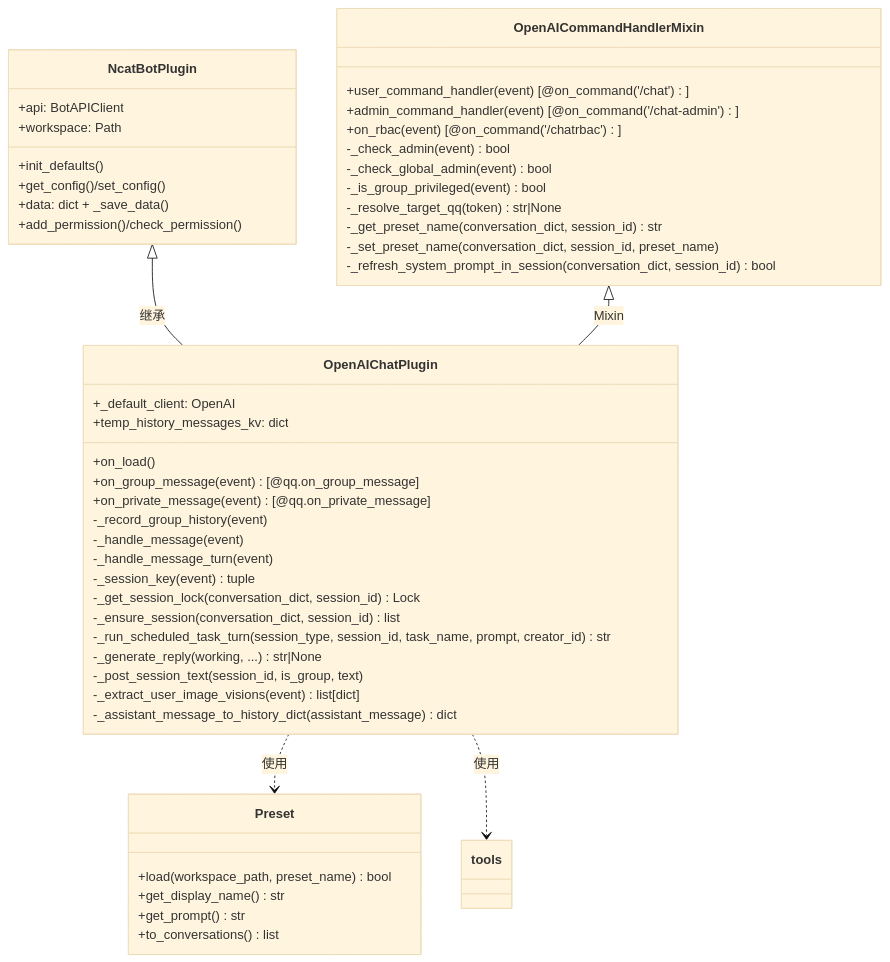
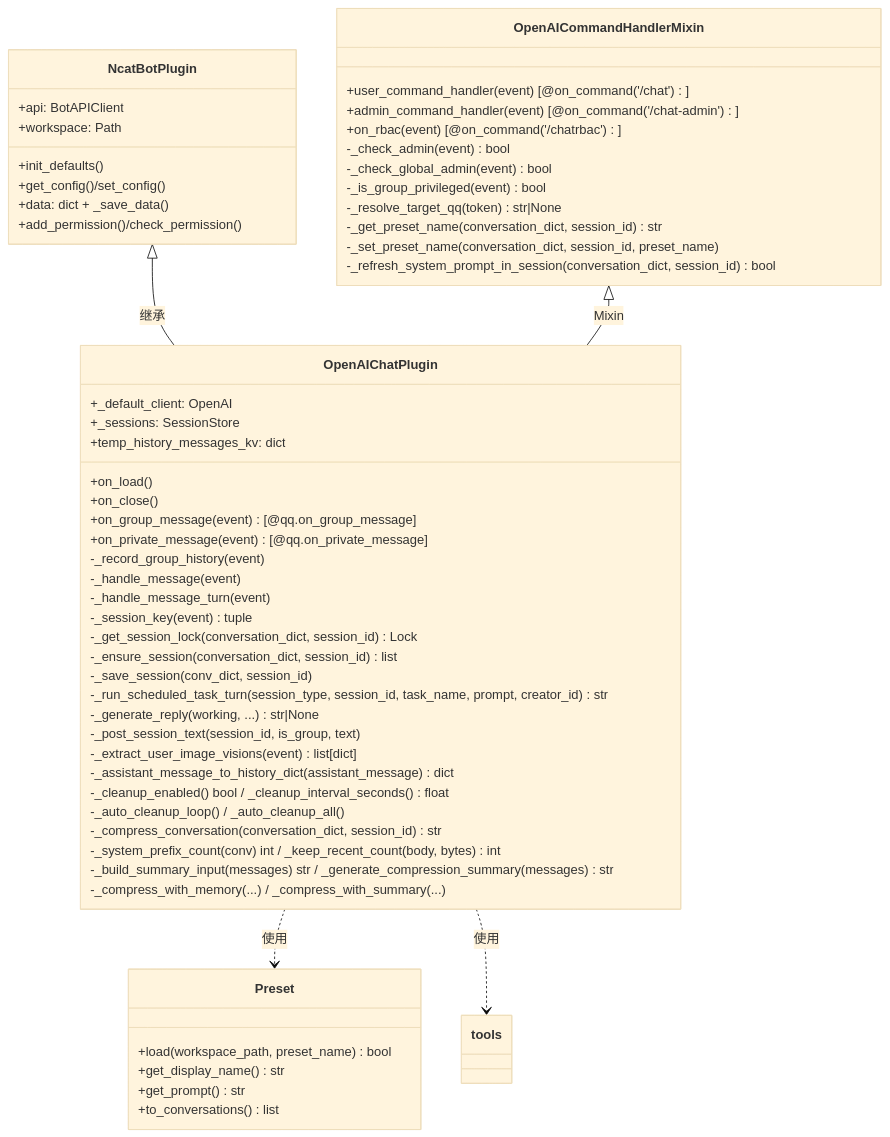
The third of 3 diagrams in AGENTS.md (Yang-qwq/openai_chat_plugin), drawn with Mermaid (base theme) before and after one commit. The commit also changed other lines of this file and 19 other files, not shown here.

````diff
--- a/AGENTS.md
+++ b/AGENTS.md
@@ -86,55 +98,64 @@
 ```mermaid
 classDiagram
     class NcatBotPlugin {
         +init_defaults()
         +get_config()/set_config()
         +data: dict + _save_data()
         +api: BotAPIClient
         +workspace: Path
         +add_permission()/check_permission()
     }
 
     class OpenAICommandHandlerMixin {
         +user_command_handler(event) [@on_command('/chat')]
         +admin_command_handler(event) [@on_command('/chat-admin')]
         +on_rbac(event) [@on_command('/chatrbac')]
         -_check_admin(event) bool
         -_check_global_admin(event) bool
         -_is_group_privileged(event) bool
         -_resolve_target_qq(token) str|None
         -_get_preset_name(conversation_dict, session_id) str
         -_set_preset_name(conversation_dict, session_id, preset_name)
         -_refresh_system_prompt_in_session(conversation_dict, session_id) bool
     }
 
     class OpenAIChatPlugin {
         +_default_client: OpenAI
+        +_sessions: SessionStore
         +temp_history_messages_kv: dict
         +on_load()
+        +on_close()
         +on_group_message(event) [@qq.on_group_message]
         +on_private_message(event) [@qq.on_private_message]
         -_record_group_history(event)
         -_handle_message(event)
         -_handle_message_turn(event)
         -_session_key(event) tuple
         -_get_session_lock(conversation_dict, session_id) Lock
         -_ensure_session(conversation_dict, session_id) list
+        -_save_session(conv_dict, session_id)
         -_run_scheduled_task_turn(session_type, session_id, task_name, prompt, creator_id) str
         -_generate_reply(working, ...) str|None
         -_post_session_text(session_id, is_group, text)
         -_extract_user_image_visions(event) list[dict]
         -_assistant_message_to_history_dict(assistant_message) dict
+        -_cleanup_enabled() bool / _cleanup_interval_seconds() float
+        -_auto_cleanup_loop() / _auto_cleanup_all()
+        -_compress_conversation(conversation_dict, session_id) str
+        -_system_prefix_count(conv) int / _keep_recent_count(body, bytes) int
+        -_build_summary_input(messages) str / _generate_compression_summary(messages) str
+        -_compress_with_memory(...) / _compress_with_summary(...)
     }
 
     class Preset {
         +load(workspace_path, preset_name) bool
         +get_display_name() str
         +get_prompt() str
         +to_conversations() list
     }
 
     NcatBotPlugin <|-- OpenAIChatPlugin : 继承
     OpenAICommandHandlerMixin <|-- OpenAIChatPlugin : Mixin
     OpenAIChatPlugin ..> Preset : 使用
     OpenAIChatPlugin ..> tools : 使用
 ```
````
